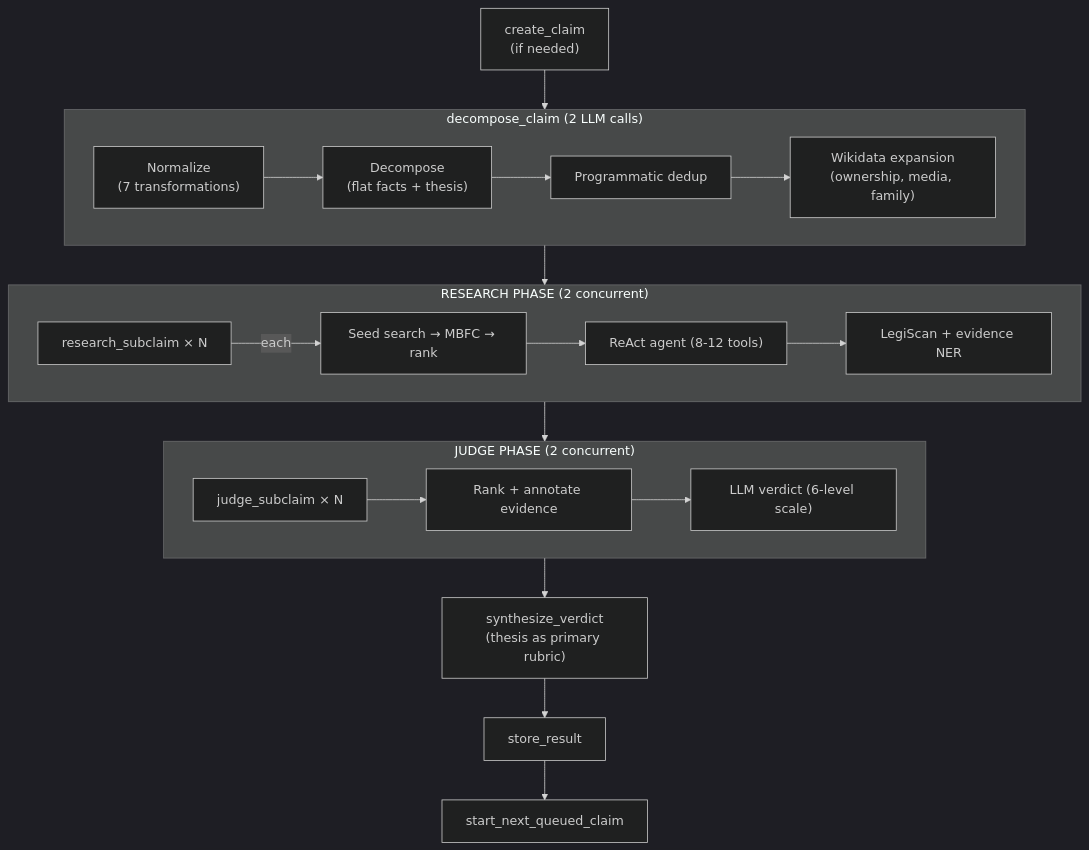
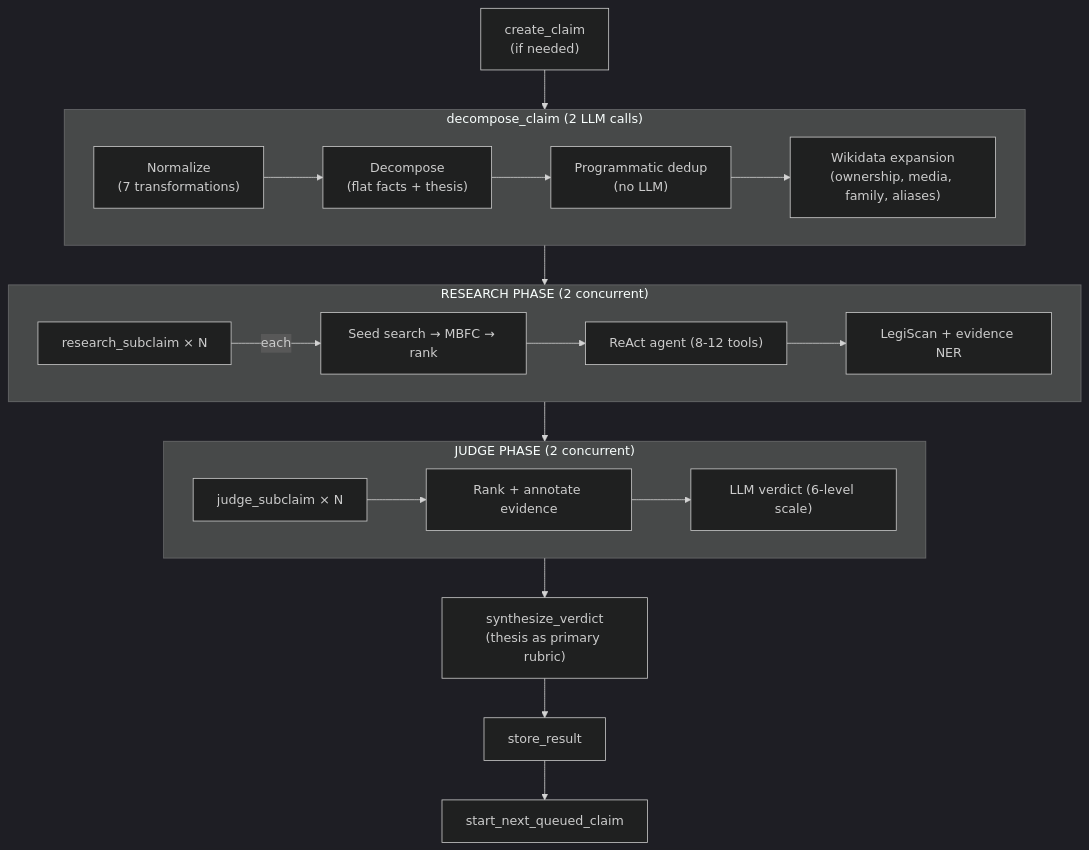
One commit to vedantadhobley/spin-cycle changed the second of 2 diagrams in README.md. Above: the diagram before and after it, drawn with Mermaid (dark theme). The commit also changed other lines of this file and 4 other files, not shown here.

````diff
--- a/README.md
+++ b/README.md
@@ -60,31 +60,31 @@
 ```mermaid
 flowchart TD
     CREATE["create_claim\n(if needed)"] --> DEC
 
     subgraph DEC["decompose_claim (2 LLM calls)"]
         N["Normalize\n(7 transformations)"] --> D["Decompose\n(flat facts + thesis)"]
-        D --> Q["Programmatic dedup"]
-        Q --> W["Wikidata expansion\n(ownership, media, family)"]
+        D --> Q["Programmatic dedup\n(no LLM)"]
+        Q --> W["Wikidata expansion\n(ownership, media, family, aliases)"]
     end
 
     DEC --> R
 
     subgraph R["RESEARCH PHASE (2 concurrent)"]
         RS["research_subclaim × N"]
         RS --> |"each"| SEED["Seed search → MBFC → rank"]
         SEED --> AGENT["ReAct agent (8-12 tools)"]
         AGENT --> ENRICH["LegiScan + evidence NER"]
     end
 
     R --> J
 
     subgraph J["JUDGE PHASE (2 concurrent)"]
         JS["judge_subclaim × N"]
         JS --> RANK["Rank + annotate evidence"]
         RANK --> EVAL["LLM verdict (6-level scale)"]
     end
 
     J --> SYN["synthesize_verdict\n(thesis as primary rubric)"]
     SYN --> STORE["store_result"]
     STORE --> NEXT["start_next_queued_claim"]
 ```
````
